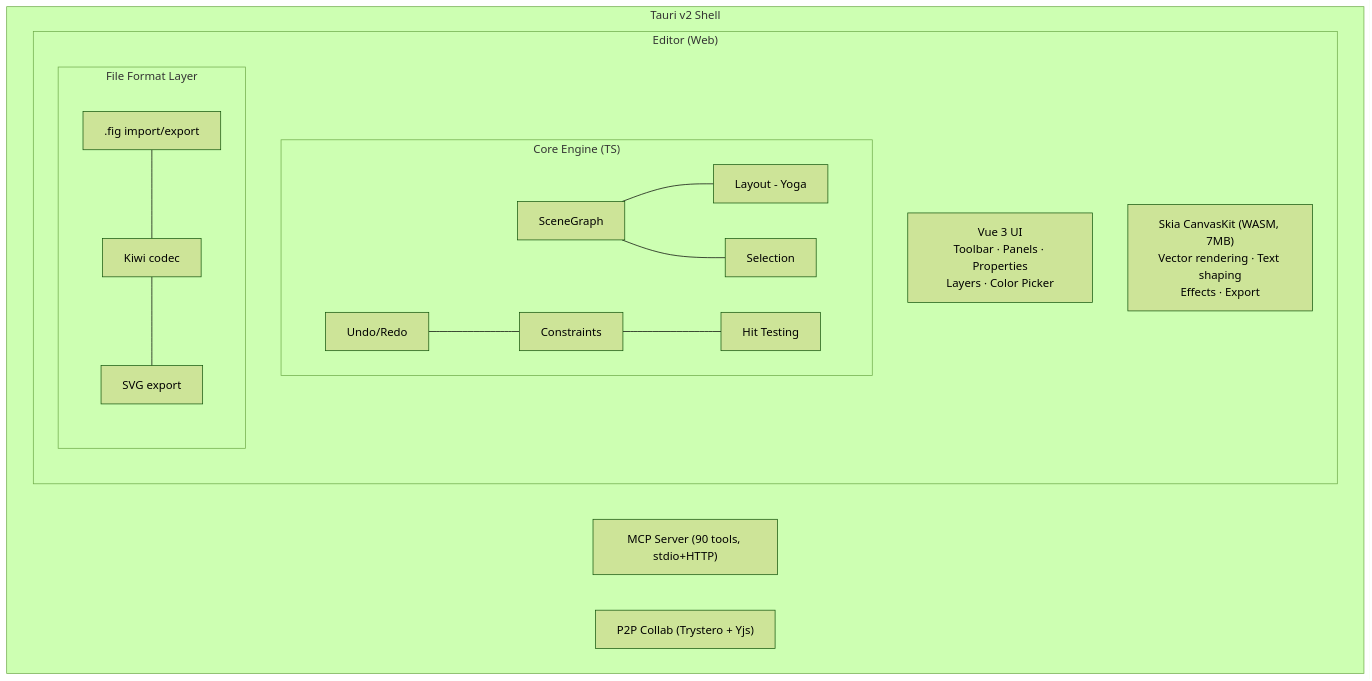
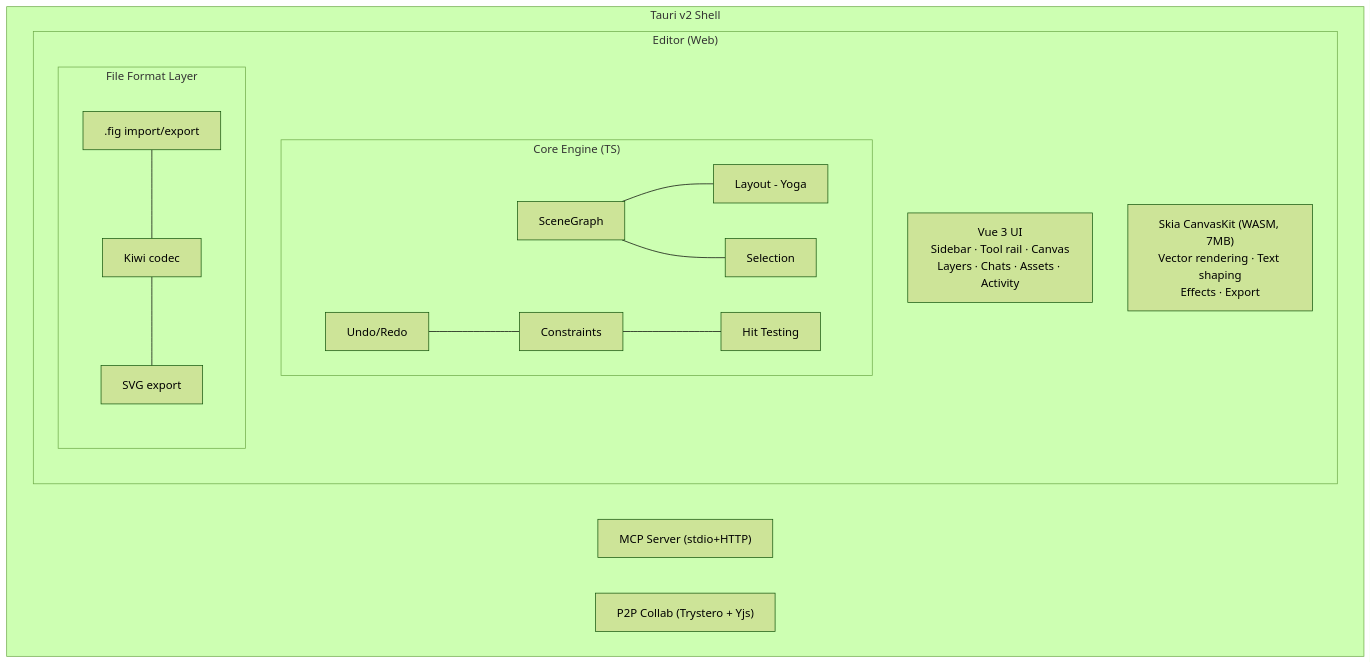
One commit to DentaCure22/open-pencil changed the diagram in packages/docs/guide/architecture.md. Above: the diagram before and after it, drawn with Mermaid (forest theme). The commit also changed other lines of this file and 822 other files, not shown here.

````diff
--- a/packages/docs/guide/architecture.md
+++ b/packages/docs/guide/architecture.md
@@ -5,21 +5,21 @@
 ```mermaid
 graph TB
     subgraph Tauri["Tauri v2 Shell"]
         subgraph Editor["Editor (Web)"]
-            UI["Vue 3 UI<br/>Toolbar · Panels · Properties<br/>Layers · Color Picker"]
+            UI["Vue 3 UI<br/>Sidebar · Tool rail · Canvas<br/>Layers · Chats · Assets · Activity"]
             Skia["Skia CanvasKit (WASM, 7MB)<br/>Vector rendering · Text shaping<br/>Effects · Export"]
             subgraph Core["Core Engine (TS)"]
                 SG[SceneGraph] --- Layout[Layout - Yoga]
                 SG --- Selection
                 Undo[Undo/Redo] --- Constraints
                 Constraints --- HitTest[Hit Testing]
             end
             subgraph FileFormat["File Format Layer"]
                 FigIO[".fig import/export"] --- Kiwi[Kiwi codec]
                 Kiwi --- SVG[SVG export]
             end
         end
-        MCP["MCP Server (90 tools, stdio+HTTP)"]
+        MCP["MCP Server (stdio+HTTP)"]
         Collab["P2P Collab (Trystero + Yjs)"]
     end
 ```
````
